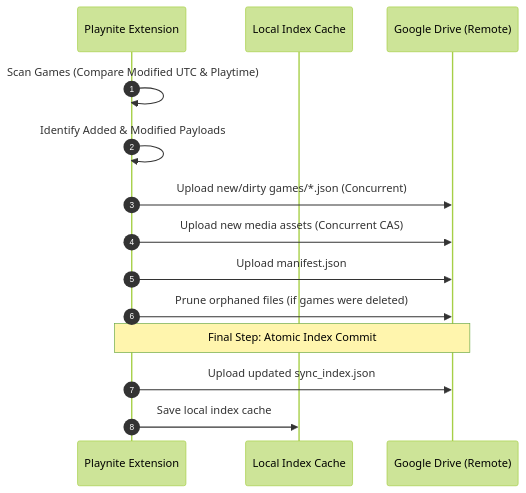
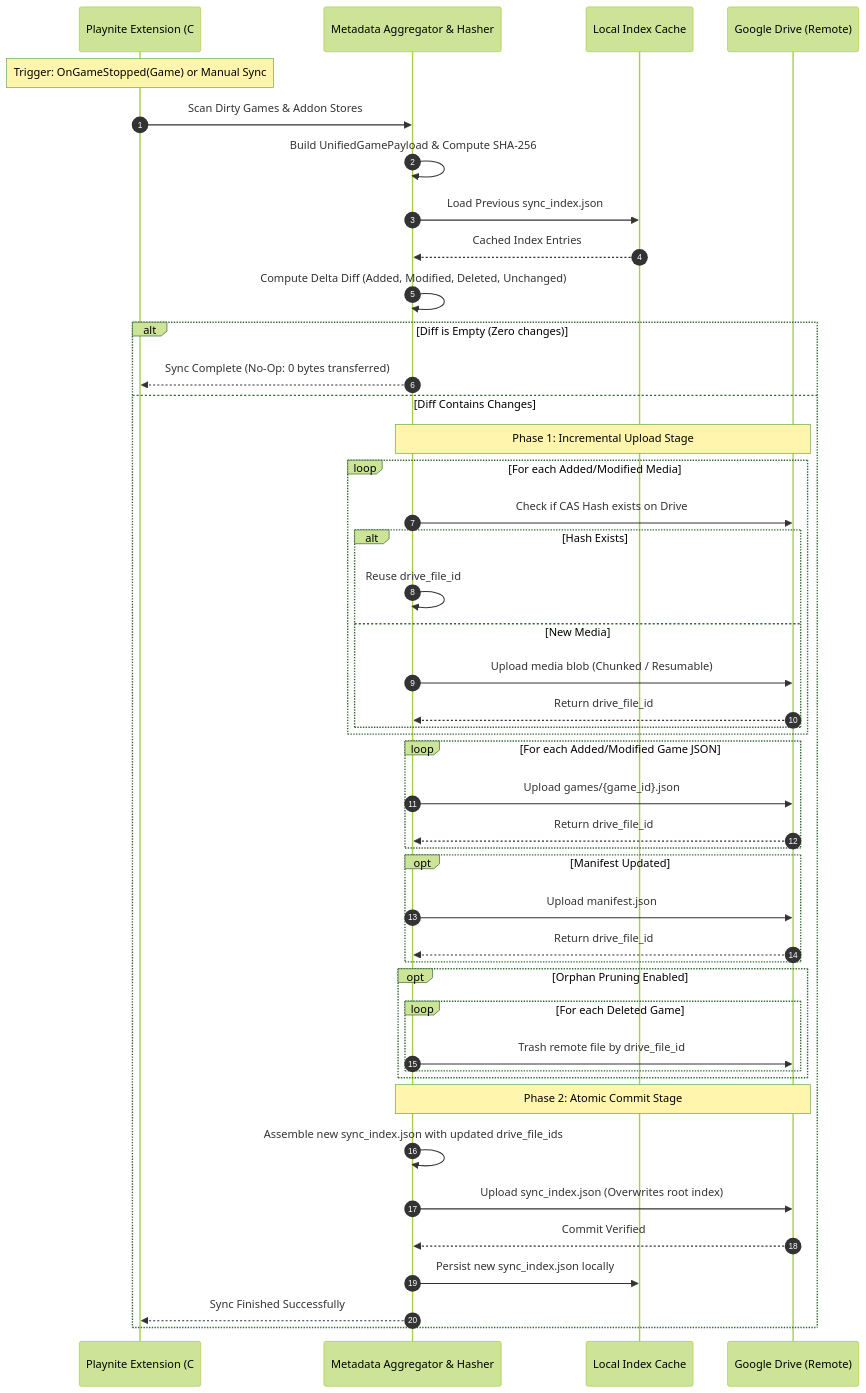
One commit to Adithya-Jayan/playnite-mobile-companion changed the second of 2 diagrams in docs/architecture-and-specs.md. Above: the diagram before and after it, drawn with Mermaid (forest theme). The commit also changed other lines of this file and 20 other files, not shown here.

Commit message:
docs: consolidate full architecture and specifications into docs/ and clean up intermediate .orchestrator files

````diff
--- a/docs/architecture-and-specs.md
+++ b/docs/architecture-and-specs.md
@@ -63,17 +275,53 @@
 ```mermaid
 sequenceDiagram
     autonumber
-    participant Playnite as Playnite Extension
-    participant Cache as Local Index Cache
+    participant Playnite as Playnite Extension (C#)
+    participant Aggregator as Metadata Aggregator & Hasher
+    participant LocalCache as Local Index Cache
     participant Remote as Google Drive (Remote)
 
-    Playnite->>Playnite: Scan Games (Compare Modified UTC & Playtime)
-    Playnite->>Playnite: Identify Added & Modified Payloads
-    Playnite->>Remote: Upload new/dirty games/*.json (Concurrent)
-    Playnite->>Remote: Upload new media assets (Concurrent CAS)
-    Playnite->>Remote: Upload manifest.json
-    Playnite->>Remote: Prune orphaned files (if games were deleted)
-    Note over Playnite,Remote: Final Step: Atomic Index Commit
-    Playnite->>Remote: Upload updated sync_index.json
-    Playnite->>Cache: Save local index cache
+    Note over Playnite: Trigger: OnGameStopped(Game) or Manual Sync
+    Playnite->>Aggregator: Scan Dirty Games & Addon Stores
+    Aggregator->>Aggregator: Build UnifiedGamePayload & Compute SHA-256
+    Aggregator->>LocalCache: Load Previous sync_index.json
+    LocalCache-->>Aggregator: Cached Index Entries
+    Aggregator->>Aggregator: Compute Delta Diff (Added, Modified, Deleted, Unchanged)
+    
+    alt Diff is Empty (Zero changes)
+        Aggregator-->>Playnite: Sync Complete (No-Op: 0 bytes transferred)
+    else Diff Contains Changes
+        Note over Aggregator,Remote: Phase 1: Incremental Upload Stage
+        loop For each Added/Modified Media
+            Aggregator->>Remote: Check if CAS Hash exists on Drive
+            alt Hash Exists
+                Aggregator->>Aggregator: Reuse drive_file_id
+            else New Media
+                Aggregator->>Remote: Upload media blob (Chunked / Resumable)
+                Remote-->>Aggregator: Return drive_file_id
+            end
+        end
+
+        loop For each Added/Modified Game JSON
+            Aggregator->>Remote: Upload games/{game_id}.json
+            Remote-->>Aggregator: Return drive_file_id
+        end
+
+        opt Manifest Updated
+            Aggregator->>Remote: Upload manifest.json
+            Remote-->>Aggregator: Return drive_file_id
+        end
+
+        opt Orphan Pruning Enabled
+            loop For each Deleted Game
+                Aggregator->>Remote: Trash remote file by drive_file_id
+            end
+        end
+
+        Note over Aggregator,Remote: Phase 2: Atomic Commit Stage
+        Aggregator->>Aggregator: Assemble new sync_index.json with updated drive_file_ids
+        Aggregator->>Remote: Upload sync_index.json (Overwrites root index)
+        Remote-->>Aggregator: Commit Verified
+        Aggregator->>LocalCache: Persist new sync_index.json locally
+        Aggregator-->>Playnite: Sync Finished Successfully
+    end
 ```
````
